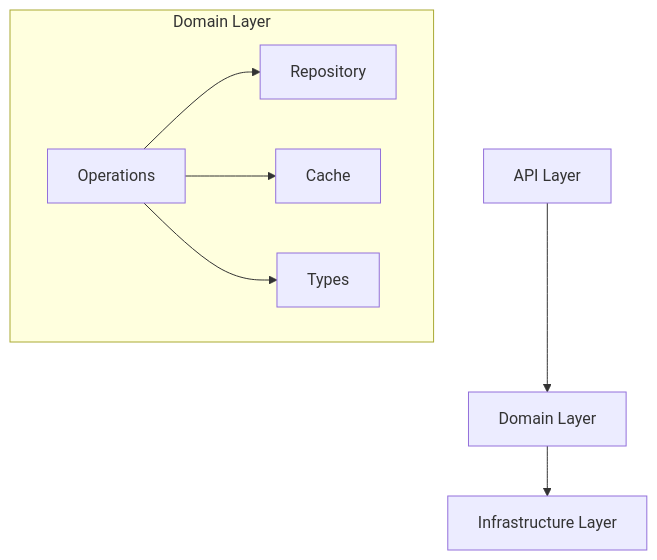
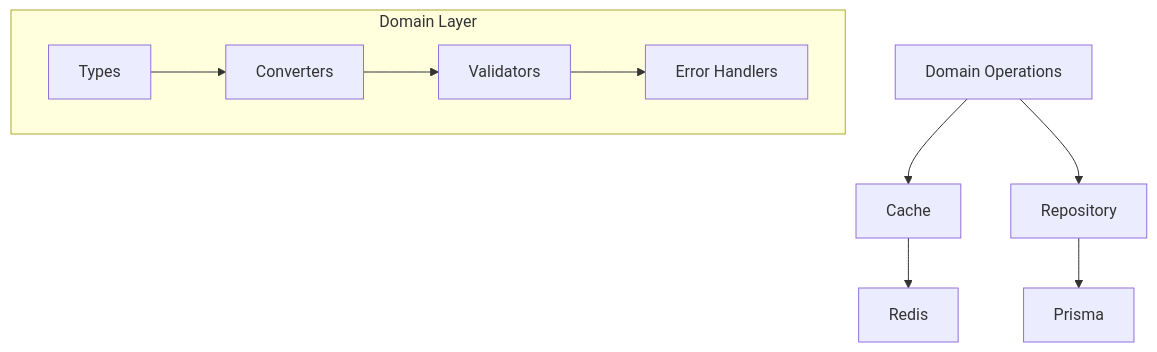
One commit to tonglam/letletme_data changed the fourth of 11 diagrams in documentation/design/Domain_Layer_Design.md. Above: the diagram before and after it, drawn with Mermaid. The commit also changed other lines of this file and 15 other files, not shown here.

First line of the commit message:
Refactor API and Service Layers with Enhanced Type Safety and Error Handling

````diff
--- a/documentation/design/Domain_Layer_Design.md
+++ b/documentation/design/Domain_Layer_Design.md
@@ -70,16 +87,18 @@
 ```mermaid
 graph TD
-    A[API Layer] --> B[Domain Layer]
-    B --> C[Infrastructure Layer]
+    A[Domain Operations] --> B[Cache]
+    A --> C[Repository]
+    B --> D[Redis]
+    C --> E[Prisma]
 
     subgraph Domain Layer
-        D[Operations]
-        E[Repository]
-        F[Cache]
-        G[Types]
+        F[Types]
+        G[Converters]
+        H[Validators]
+        I[Error Handlers]
 
-        D --> E
-        D --> F
-        D --> G
+        F --> G
+        G --> H
+        H --> I
     end
 ```
````
